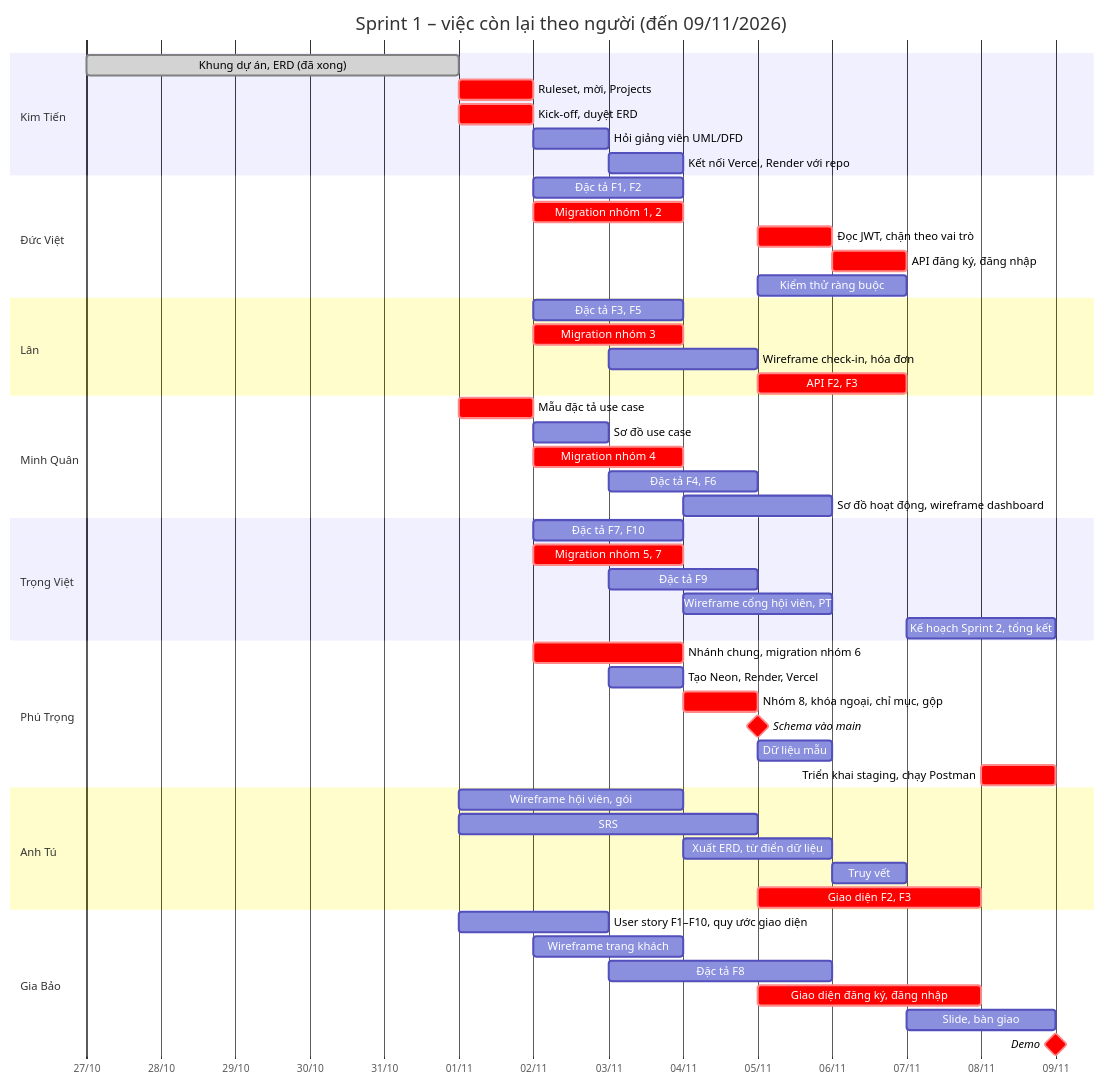
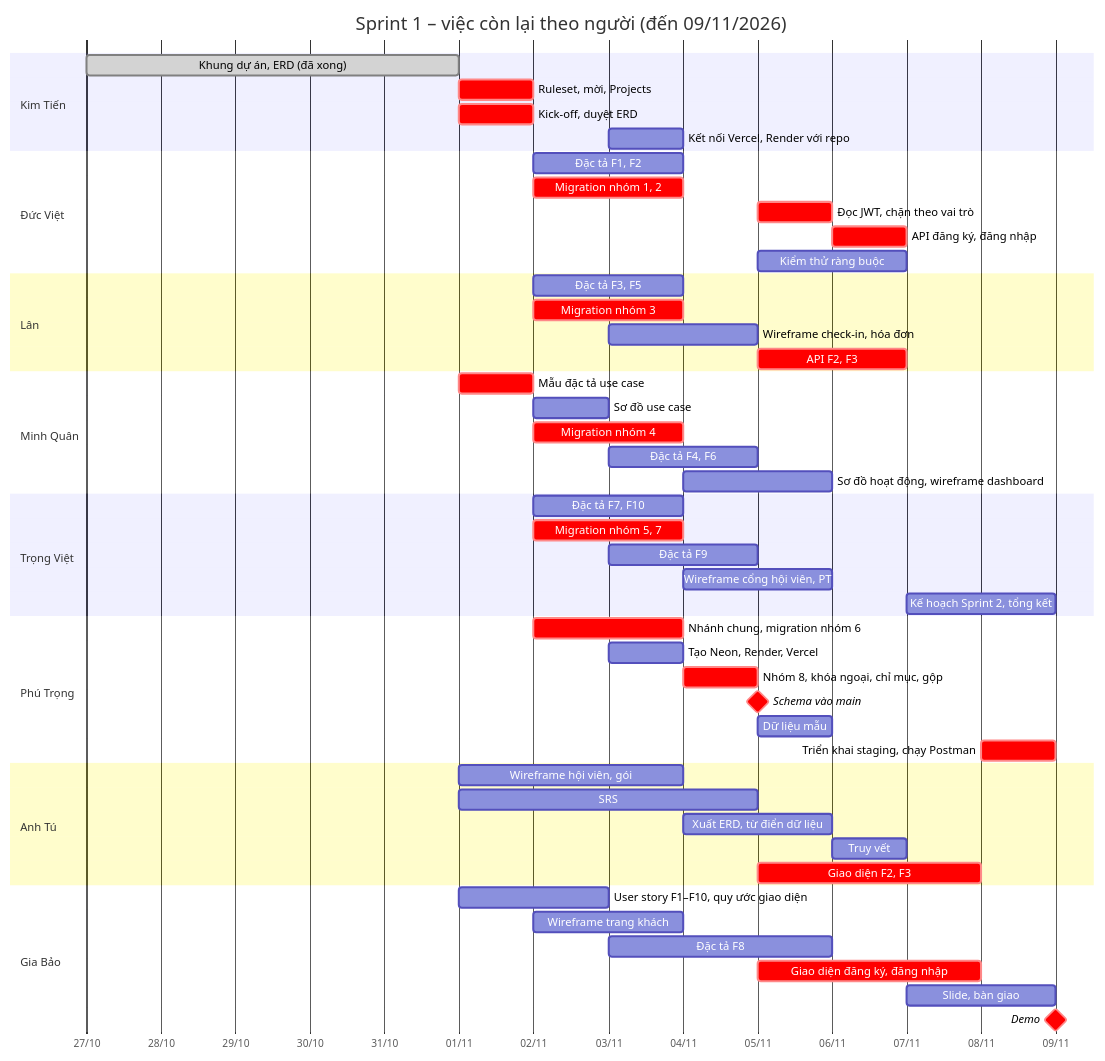
One commit to Ktin06/it3180_nhom6_gym_management changed the second of 2 diagrams in docs/plans/sprint-1-tien-do.md. Above: the diagram before and after it, drawn with Mermaid. The commit also changed other lines of this file and 8 other files, not shown here.

````diff
--- a/docs/plans/sprint-1-tien-do.md
+++ b/docs/plans/sprint-1-tien-do.md
@@ -346,63 +346,62 @@
 ```mermaid
 gantt
     title Sprint 1 – việc còn lại theo người (đến 09/11/2026)
     dateFormat YYYY-MM-DD
     axisFormat %d/%m
 
     section Kim Tiến
     Khung dự án, ERD (đã xong)           :done, kt0, 2026-10-27, 2026-11-01
     Ruleset, mời, Projects               :crit, kt1, 2026-11-01, 2026-11-02
     Kick-off, duyệt ERD                  :crit, kt2, 2026-11-01, 2026-11-02
-    Hỏi giảng viên UML/DFD               :kt3, 2026-11-02, 2026-11-03
     Kết nối Vercel, Render với repo      :kt4, 2026-11-03, 2026-11-04
 
     section Đức Việt
     Đặc tả F1, F2                        :dv1, 2026-11-02, 2026-11-04
     Migration nhóm 1, 2                  :crit, dv2, 2026-11-02, 2026-11-04
     Đọc JWT, chặn theo vai trò           :crit, dv3, 2026-11-05, 2026-11-06
     API đăng ký, đăng nhập               :crit, dv5, 2026-11-06, 2026-11-07
     Kiểm thử ràng buộc                   :dv4, 2026-11-05, 2026-11-07
 
     section Lân
     Đặc tả F3, F5                        :la1, 2026-11-02, 2026-11-04
     Migration nhóm 3                     :crit, la2, 2026-11-02, 2026-11-04
     Wireframe check-in, hóa đơn          :la3, 2026-11-03, 2026-11-05
     API F2, F3                           :crit, la4, 2026-11-05, 2026-11-07
 
     section Minh Quân
     Mẫu đặc tả use case                  :crit, mq0, 2026-11-01, 2026-11-02
     Sơ đồ use case                       :mq1, 2026-11-02, 2026-11-03
     Migration nhóm 4                     :crit, mq2, 2026-11-02, 2026-11-04
     Đặc tả F4, F6                        :mq3, 2026-11-03, 2026-11-05
     Sơ đồ hoạt động, wireframe dashboard :mq4, 2026-11-04, 2026-11-06
 
     section Trọng Việt
     Đặc tả F7, F10                       :tv1, 2026-11-02, 2026-11-04
     Migration nhóm 5, 7                  :crit, tv2, 2026-11-02, 2026-11-04
     Đặc tả F9                            :tv3, 2026-11-03, 2026-11-05
     Wireframe cổng hội viên, PT          :tv4, 2026-11-04, 2026-11-06
     Kế hoạch Sprint 2, tổng kết          :tv5, 2026-11-07, 2026-11-09
 
     section Phú Trọng
     Nhánh chung, migration nhóm 6        :crit, pt1, 2026-11-02, 2026-11-04
     Tạo Neon, Render, Vercel             :pt2, 2026-11-03, 2026-11-04
     Nhóm 8, khóa ngoại, chỉ mục, gộp     :crit, pt3, 2026-11-04, 2026-11-05
     Schema vào main                      :milestone, crit, m1, 2026-11-05, 0d
     Dữ liệu mẫu                          :pt4, 2026-11-05, 2026-11-06
     Triển khai staging, chạy Postman     :crit, pt5, 2026-11-08, 2026-11-09
 
     section Anh Tú
     Wireframe hội viên, gói              :at1, 2026-11-01, 2026-11-04
     SRS                                  :at2, 2026-11-01, 2026-11-05
     Xuất ERD, từ điển dữ liệu            :at3, 2026-11-04, 2026-11-06
     Truy vết                             :at4, 2026-11-06, 2026-11-07
     Giao diện F2, F3                     :crit, at5, 2026-11-05, 2026-11-08
 
     section Gia Bảo
     User story F1–F10, quy ước giao diện :gb1, 2026-11-01, 2026-11-03
     Wireframe trang khách                :gb2, 2026-11-02, 2026-11-04
     Đặc tả F8                            :gb3, 2026-11-03, 2026-11-06
     Giao diện đăng ký, đăng nhập         :crit, gb4, 2026-11-05, 2026-11-08
     Slide, bàn giao                      :gb5, 2026-11-07, 2026-11-09
     Demo                                 :milestone, crit, m2, 2026-11-09, 0d
 ```
````
